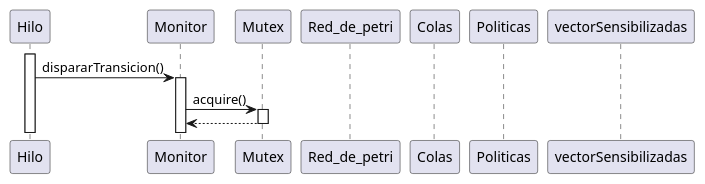
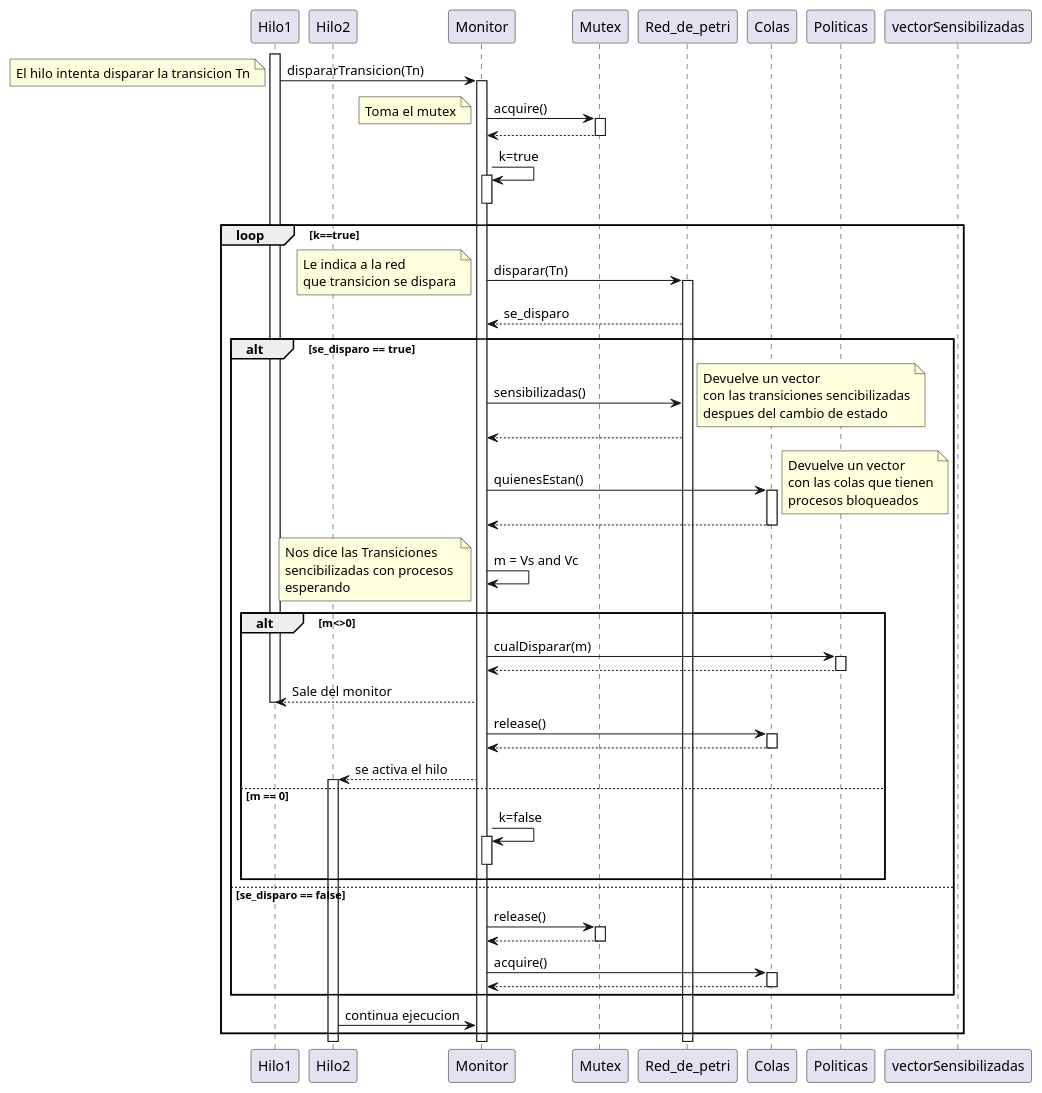
The diagram in doc/diagrama_sec.puml (JosiasTomasnanez/flightAgencyAttendanceMonitor), drawn with PlantUML before and after one commit. The commit also changed 1 other file, not shown here.

Commit message:
Diagrama de secuencia sin tiempo

```diff
--- a/doc/diagrama_sec.puml
+++ b/doc/diagrama_sec.puml
@@ -1,24 +1,93 @@
 @startuml secuencia
 
 ' Definicion de participantes
-participant Hilo
+participant Hilo1
+participant Hilo2
 participant Monitor
 participant Mutex
 participant Red_de_petri
 participant Colas 
 participant Politicas
 participant vectorSensibilizadas
 
 ' Secuencia
 '' El hilo intenta disparar una Transicion
-activate Hilo
-Hilo -> Monitor : dispararTransicion()
+activate Hilo1
+Hilo1 -> Monitor : dispararTransicion(Tn)
+note left: El hilo intenta disparar la transicion Tn
 activate Monitor
 
 '' El monitor toma el mutex
 Monitor -> Mutex : acquire()
+note left: Toma el mutex
 activate Mutex
 Mutex --> Monitor
 deactivate Mutex
 
+Monitor -> Monitor : k=true
+activate Monitor
+deactivate Monitor
+
+loop k==true
+    Monitor -> Red_de_petri : disparar(Tn)
+    note left 
+    Le indica a la red 
+    que transicion se dispara
+    end note
+    activate Red_de_petri
+    Red_de_petri --> Monitor : se_disparo
+    alt se_disparo == true
+        Monitor -> Red_de_petri : sensibilizadas()
+        note right
+        Devuelve un vector
+        con las transiciones sencibilizadas
+        despues del cambio de estado
+        end note
+        Red_de_petri --> Monitor
+        Monitor -> Colas : quienesEstan()
+        activate Colas
+        note right
+        Devuelve un vector
+        con las colas que tienen
+        procesos bloqueados
+        end note
+        Colas --> Monitor
+        deactivate Colas
+        Monitor -> Monitor : m = Vs and Vc
+        note left 
+        Nos dice las Transiciones 
+        sencibilizadas con procesos 
+        esperando
+        end note
+        alt m<>0
+            Monitor-> Politicas : cualDisparar(m)
+            activate Politicas
+            Politicas --> Monitor
+            deactivate Politicas
+            Monitor --> Hilo1 : Sale del monitor
+            deactivate Hilo1
+            Monitor -> Colas : release()
+            activate Colas
+            Colas --> Monitor
+            deactivate Colas
+            Monitor --> Hilo2 : se activa el hilo
+            activate Hilo2
+        else m == 0
+            Monitor -> Monitor : k=false
+            activate Monitor
+            deactivate Monitor
+        end
+    else se_disparo == false
+        Monitor -> Mutex : release()
+        activate Mutex
+        Mutex --> Monitor
+        deactivate Mutex
+        Monitor-> Colas : acquire()
+        activate Colas
+        Colas --> Monitor
+        deactivate Colas
+
+    end
+    Hilo2 -> Monitor : continua ejecucion
+end
 @enduml
```
